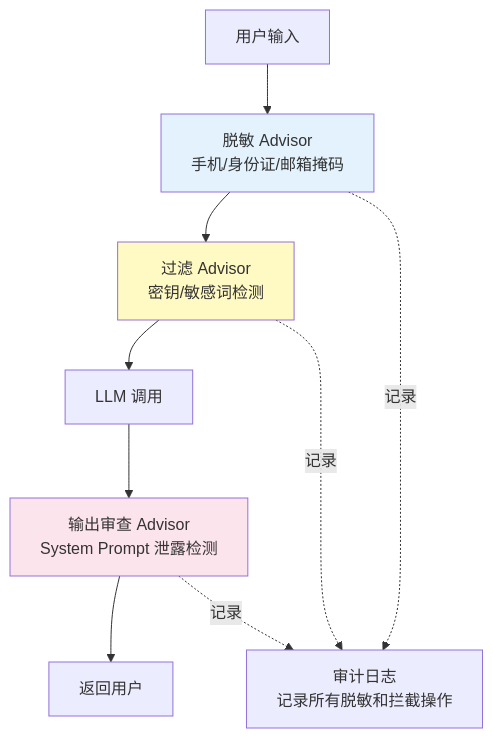
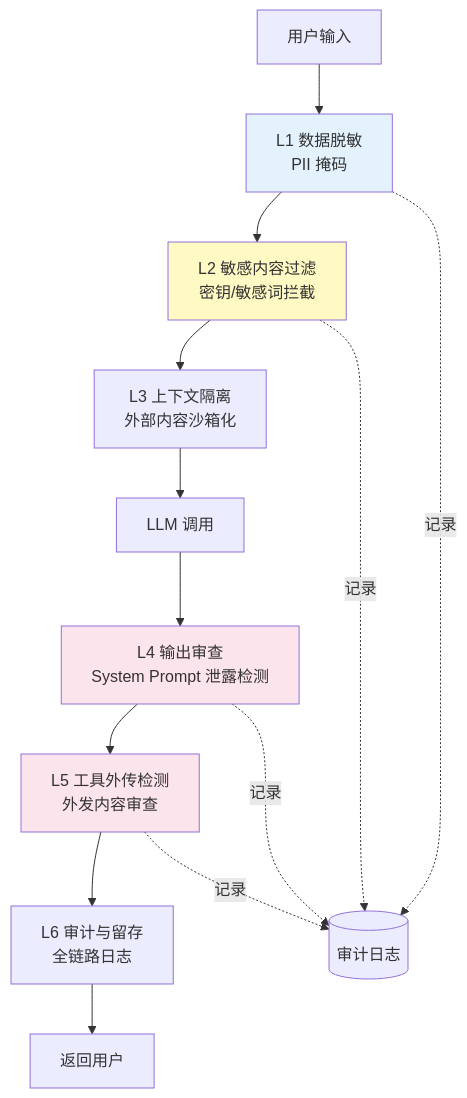
The third of 4 diagrams in docs/附录/08-Agent安全深度/02-数据泄露防护.md (UranusGit/java-agent-learn), drawn with Mermaid before and after one commit. The commit also changed other lines of this file and 2 other files, not shown here.

````diff
--- a/docs/附录/08-Agent安全深度/02-数据泄露防护.md
+++ b/docs/附录/08-Agent安全深度/02-数据泄露防护.md
@@ -146,18 +89,16 @@
 ```mermaid
-graph TB
-    IN["用户输入"] --> M1["脱敏 Advisor<br/>手机/身份证/邮箱掩码"]
-    M1 --> M2["过滤 Advisor<br/>密钥/敏感词检测"]
-    M2 --> LLM["LLM 调用"]
-    LLM --> M3["输出审查 Advisor<br/>System Prompt 泄露检测"]
-    M3 --> OUT["返回用户"]
-
-    LOG["审计日志<br/>记录所有脱敏和拦截操作"]
-
-    M1 -.->|"记录"| LOG
-    M2 -.->|"记录"| LOG
-    M3 -.->|"记录"| LOG
-
-    style M1 fill:#e3f2fd
-    style M2 fill:#fff9c4
-    style M3 fill:#fce4ec
+flowchart TB
+    IN[用户输入] --> L1[L1 数据脱敏<br/>PII 掩码]
+    L1 --> L2[L2 敏感内容过滤<br/>密钥/敏感词拦截]
+    L2 --> L3[L3 上下文隔离<br/>外部内容沙箱化]
+    L3 --> LLM[LLM 调用]
+    LLM --> L4[L4 输出审查<br/>System Prompt 泄露检测]
+    L4 --> L5[L5 工具外传检测<br/>外发内容审查]
+    L5 --> L6[L6 审计与留存<br/>全链路日志]
+    L6 --> OUT[返回用户]
+    L1 & L2 & L4 & L5 -.->|记录| LOG[(审计日志)]
+    style L1 fill:#e3f2fd
+    style L2 fill:#fff9c4
+    style L4 fill:#fce4ec
+    style L5 fill:#fce4ec
 ```
````
